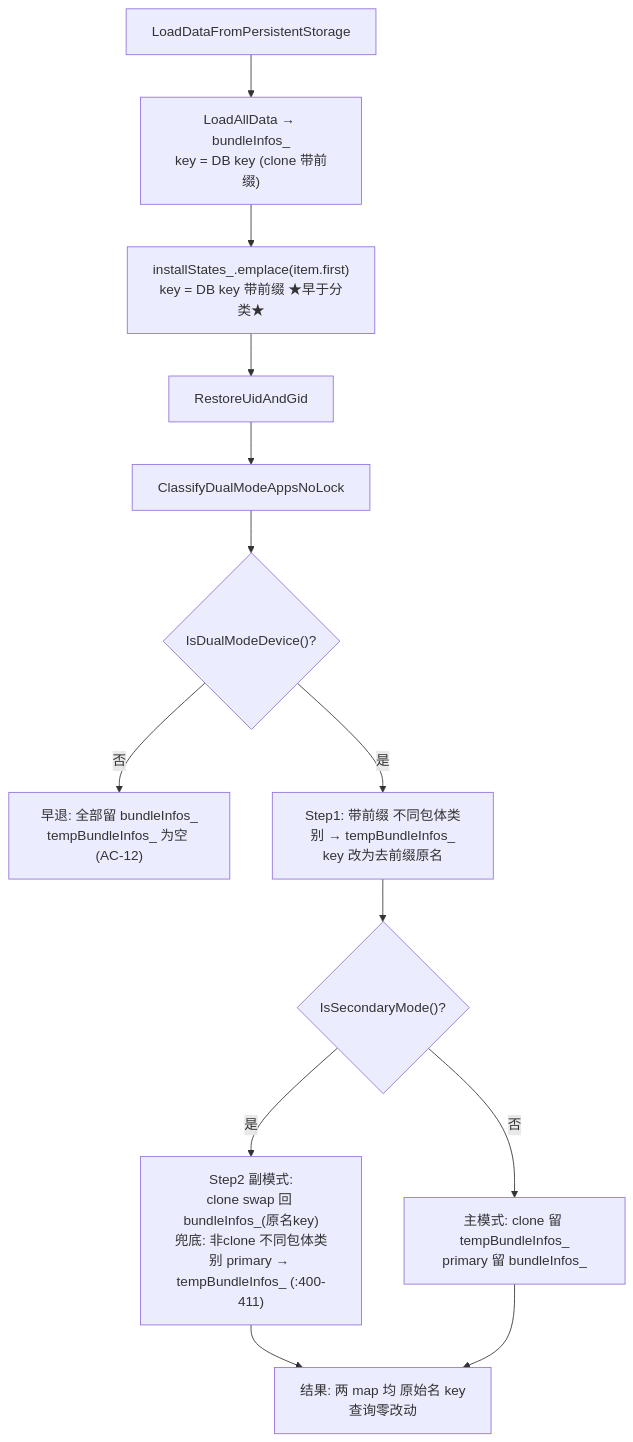
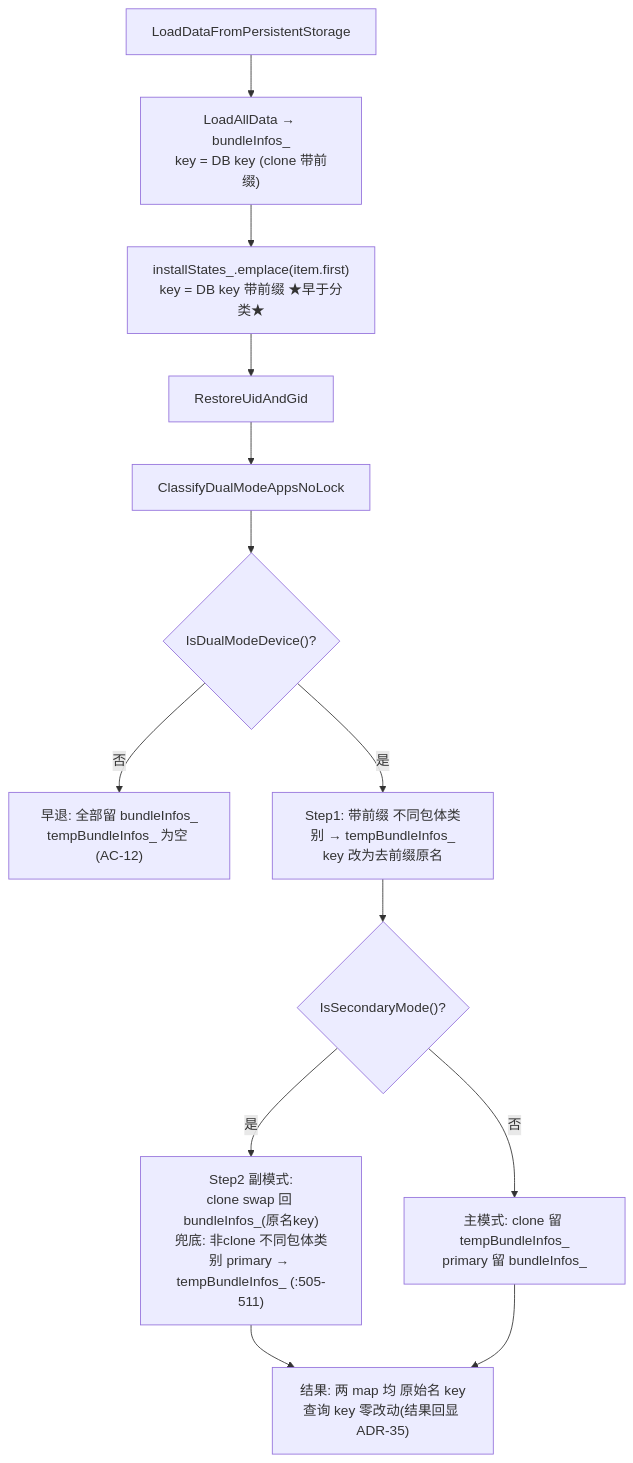
One commit to eclipse-oniro-mirrors/bundlemanager_bundle_framework changed the fourth of 7 diagrams in .specs/features/dual-mode-app-install/design.md. Above: the diagram before and after it, drawn with Mermaid. The commit also changed other lines of this file and 8 other files, not shown here.

````diff
--- a/.specs/features/dual-mode-app-install/design.md
+++ b/.specs/features/dual-mode-app-install/design.md
@@ -511,15 +582,15 @@
 ```mermaid
 flowchart TD
     A["LoadDataFromPersistentStorage"] --> B["LoadAllData → bundleInfos_<br/>key = DB key (clone 带前缀)"]
     B --> C["installStates_.emplace(item.first)<br/>key = DB key 带前缀 ★早于分类★"]
     C --> D["RestoreUidAndGid"]
     D --> E["ClassifyDualModeAppsNoLock"]
     E --> F{"IsDualModeDevice()?"}
     F -- 否 --> G["早退: 全部留 bundleInfos_<br/>tempBundleInfos_ 为空 (AC-12)"]
     F -- 是 --> H["Step1: 带前缀 不同包体类别 → tempBundleInfos_<br/>key 改为去前缀原名"]
     H --> I{"IsSecondaryMode()?"}
-    I -- 是 --> J["Step2 副模式:<br/>clone swap 回 bundleInfos_(原名key)<br/>兜底: 非clone 不同包体类别 primary → tempBundleInfos_ (:400-411)"]
+    I -- 是 --> J["Step2 副模式:<br/>clone swap 回 bundleInfos_(原名key)<br/>兜底: 非clone 不同包体类别 primary → tempBundleInfos_ (:505-511)"]
     I -- 否 --> K["主模式: clone 留 tempBundleInfos_<br/>primary 留 bundleInfos_"]
-    J --> L["结果: 两 map 均 原始名 key<br/>查询零改动"]
+    J --> L["结果: 两 map 均 原始名 key<br/>查询 key 零改动(结果回显 ADR-35)"]
     K --> L
 ```
````
